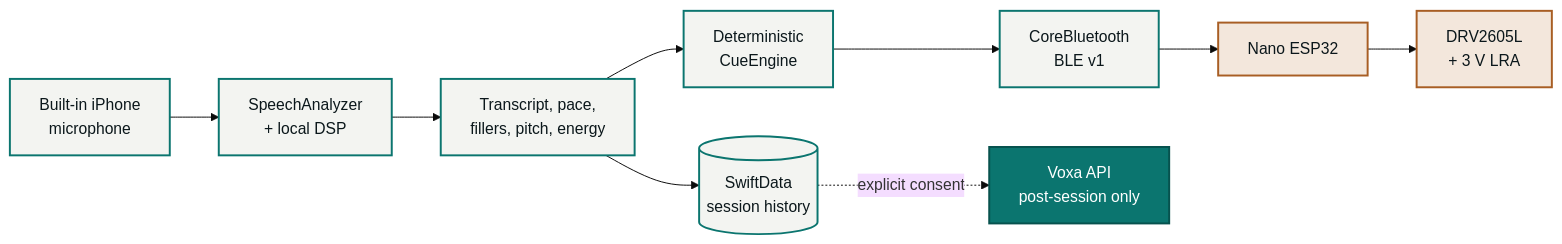
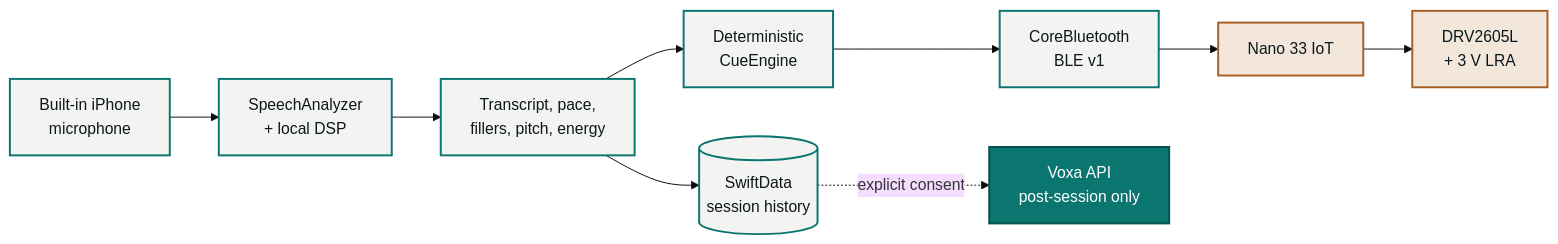
Before and after one commit to amaar-mc/voxa-cue: the diagram in README.md, drawn with Mermaid (base theme). The commit also changed other lines of this file, not shown here.

````diff
--- a/README.md
+++ b/README.md
@@ -81,18 +79,18 @@
 ```mermaid
 flowchart LR
     MIC["Built-in iPhone<br/>microphone"] --> SPEECH["SpeechAnalyzer<br/>+ local DSP"]
     SPEECH --> METRICS["Transcript, pace,<br/>fillers, pitch, energy"]
     METRICS --> ENGINE["Deterministic<br/>CueEngine"]
     ENGINE --> BLE["CoreBluetooth<br/>BLE v1"]
-    BLE --> NANO["Nano ESP32"]
+    BLE --> NANO["Nano 33 IoT"]
     NANO --> MOTOR["DRV2605L<br/>+ 3 V LRA"]
     METRICS --> STORE[("SwiftData<br/>session history")]
     STORE -. "explicit consent" .-> API["Voxa API<br/>post-session only"]
 
     classDef phone fill:#F3F4F1,stroke:#0B756F,color:#0B171B,stroke-width:2px;
     classDef band fill:#F3E7DC,stroke:#A85E24,color:#0B171B,stroke-width:2px;
     classDef optional fill:#0B756F,stroke:#07524E,color:#ffffff,stroke-width:2px;
     class MIC,SPEECH,METRICS,ENGINE,BLE,STORE phone;
     class NANO,MOTOR band;
     class API optional;
 ```
````
